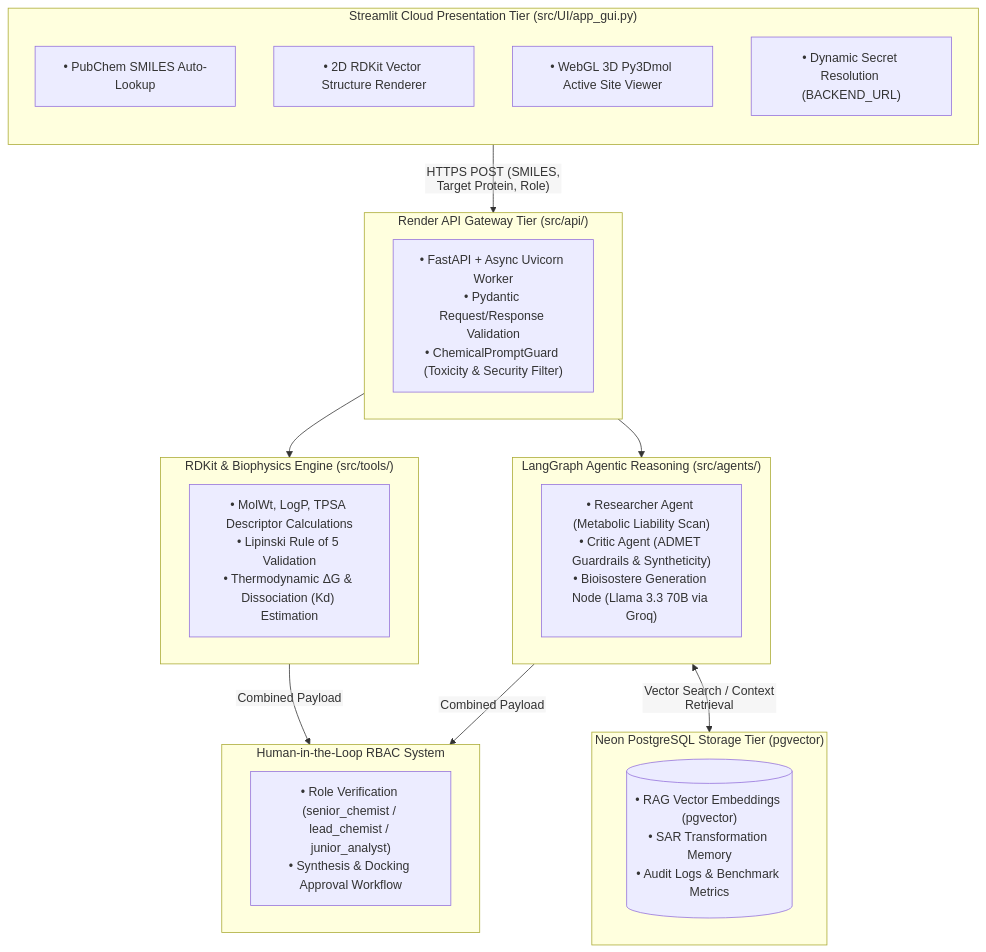
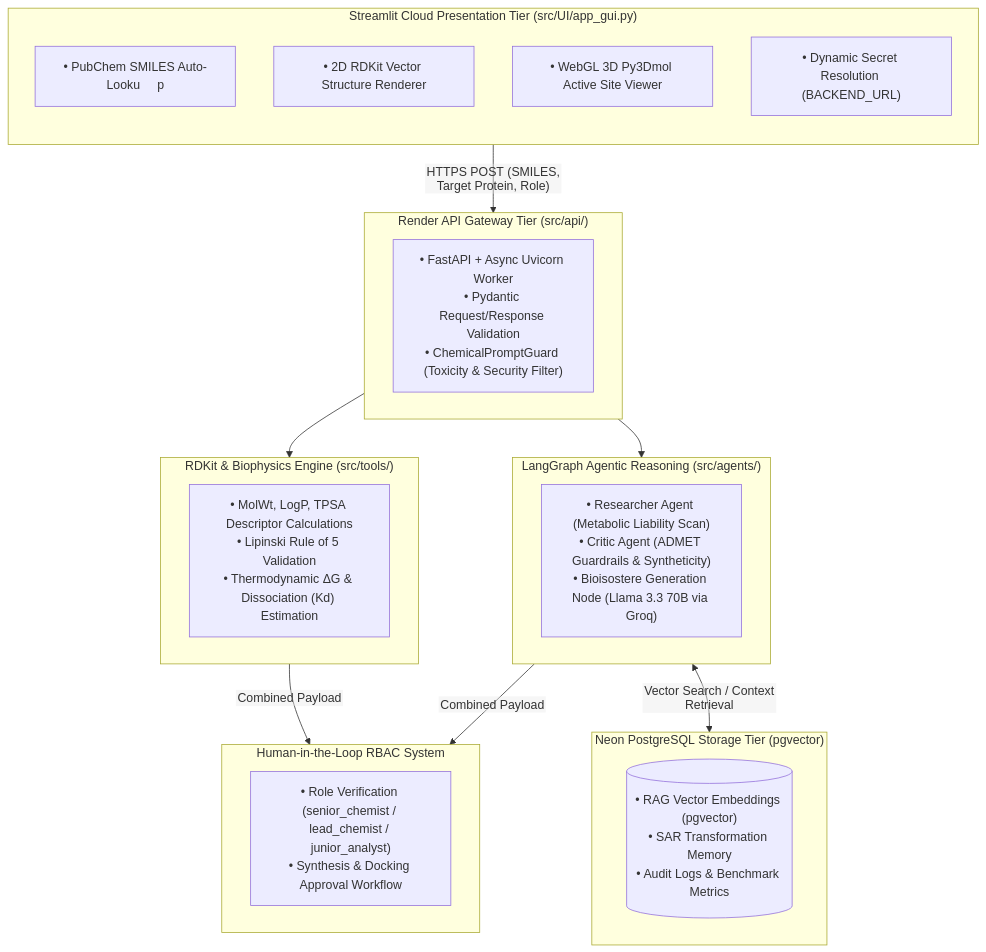
One commit to akkamble90/LeadOpt-AI changed the diagram in README.md. Above: the diagram before and after it, drawn with Mermaid.

````diff
--- a/README.md
+++ b/README.md
@@ -34,38 +34,38 @@
 ```mermaid
 %%{init: {'flowchart': {'htmlLabels': false}}}%%
 graph TD
     subgraph UI_Layer[" Streamlit Cloud Presentation Tier (src/UI/app_gui.py)"]
         direction TB
-        UI1["• PubChem SMILES Auto-Lookup"]
+        UI1["• PubChem SMILES Auto-Looku&nbsp;&nbsp;&nbsp;&nbsp;&nbsp;p"]
         UI2["• 2D RDKit Vector Structure Renderer"]
         UI3["• WebGL 3D Py3Dmol Active Site Viewer"]
         UI4["• Dynamic Secret Resolution (BACKEND_URL)"]
     end
 
     subgraph API_Layer[" Render API Gateway Tier (src/api/)"]
         API["• FastAPI + Async Uvicorn Worker<br/>• Pydantic Request/Response Validation<br/>• ChemicalPromptGuard (Toxicity & Security Filter)"]
     end
 
     subgraph Comp_Engine[" RDKit & Biophysics Engine (src/tools/)"]
         RDKit["• MolWt, LogP, TPSA Descriptor Calculations<br/>• Lipinski Rule of 5 Validation<br/>• Thermodynamic ΔG & Dissociation (Kd) Estimation"]
     end
 
     subgraph Agent_Orch[" LangGraph Agentic Reasoning (src/agents/)"]
         Graph["• Researcher Agent (Metabolic Liability Scan)<br/>• Critic Agent (ADMET Guardrails & Syntheticity)<br/>• Bioisostere Generation Node (Llama 3.3 70B via Groq)"]
     end
 
     subgraph DB_Layer[" Neon PostgreSQL Storage Tier (pgvector)"]
         DB[("• RAG Vector Embeddings (pgvector)<br/>• SAR Transformation Memory<br/>• Audit Logs & Benchmark Metrics")]
     end
 
     subgraph Governance[" Human-in-the-Loop RBAC System"]
         HITL["• Role Verification (senior_chemist / lead_chemist / junior_analyst)<br/>• Synthesis & Docking Approval Workflow"]
     end
 
     UI_Layer -->|"HTTPS POST (SMILES, Target Protein, Role)"| API_Layer
     API_Layer --> Comp_Engine
     API_Layer --> Agent_Orch
     Agent_Orch <-->|"Vector Search / Context Retrieval"| DB_Layer
     Comp_Engine -->|"Combined Payload"| Governance
     Agent_Orch -->|"Combined Payload"| Governance
 ```
````
